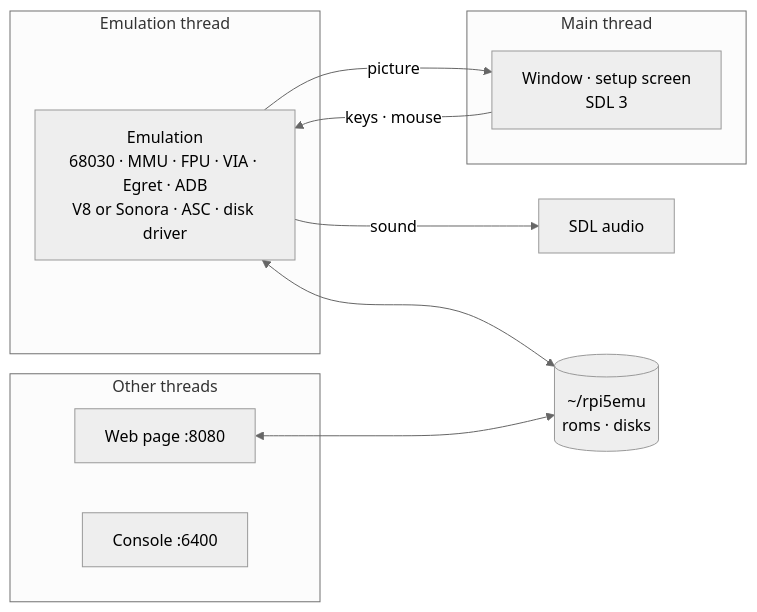
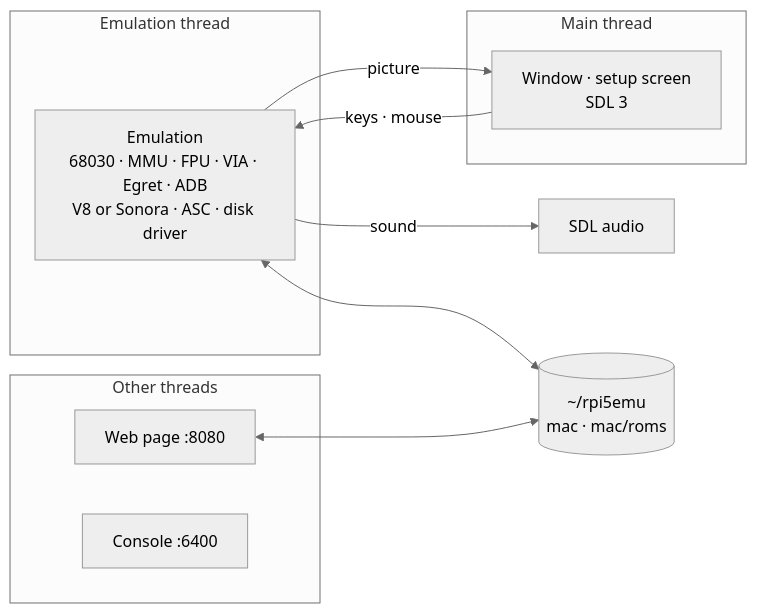
One commit to rlucencic/rpi5mac3 changed the diagram in README.md. Above: the diagram before and after it, drawn with Mermaid (neutral theme). The commit also changed other lines of this file and 4 other files, not shown here.

First line of the commit message:
ROMs in ~/rpi5emu/mac/roms, disk images in mac/ (was disks/)

````diff
--- a/README.md
+++ b/README.md
@@ -172,19 +173,19 @@
 ```mermaid
 flowchart LR
   subgraph emu [Emulation thread]
     EMU["Emulation<br>68030 · MMU · FPU · VIA · Egret · ADB<br>V8 or Sonora · ASC · disk driver"]
   end
   subgraph main [Main thread]
     WIN["Window · setup screen<br>SDL 3"]
   end
   subgraph others [Other threads]
     WEB[Web page :8080]
     CON[Console :6400]
   end
   EMU -- picture --> WIN
   EMU -- sound --> SND[SDL audio]
   WIN -- keys · mouse --> EMU
-  DATA[("~/rpi5emu<br>roms · disks")]
+  DATA[("~/rpi5emu<br>mac · mac/roms")]
   EMU <--> DATA
   WEB <--> DATA
 ```
````
